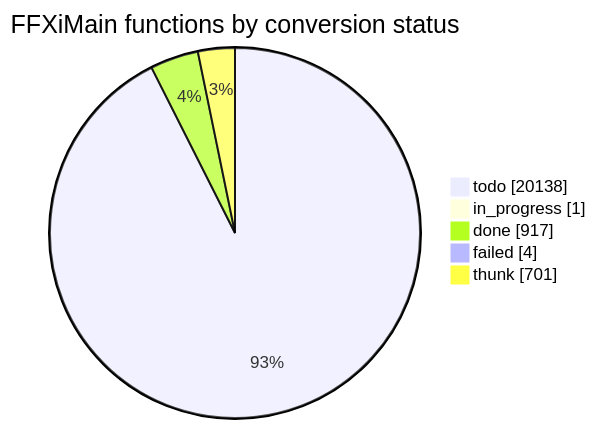
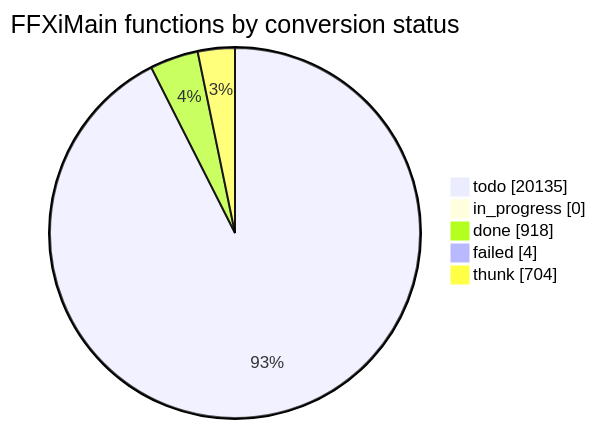
The diagram in docs/cow/STATUS.md (cowrevenge/cow_kuluu_xi_anything), drawn with Mermaid before and after one commit. The commit also changed other lines of this file and 9 other files, not shown here.

````diff
--- a/docs/cow/STATUS.md
+++ b/docs/cow/STATUS.md
@@ -18,9 +18,9 @@
 ```mermaid
 pie showData
     title FFXiMain functions by conversion status
-    "todo" : 20138
-    "in_progress" : 1
-    "done" : 917
+    "todo" : 20135
+    "in_progress" : 0
+    "done" : 918
     "failed" : 4
-    "thunk" : 701
+    "thunk" : 704
 ```
````
